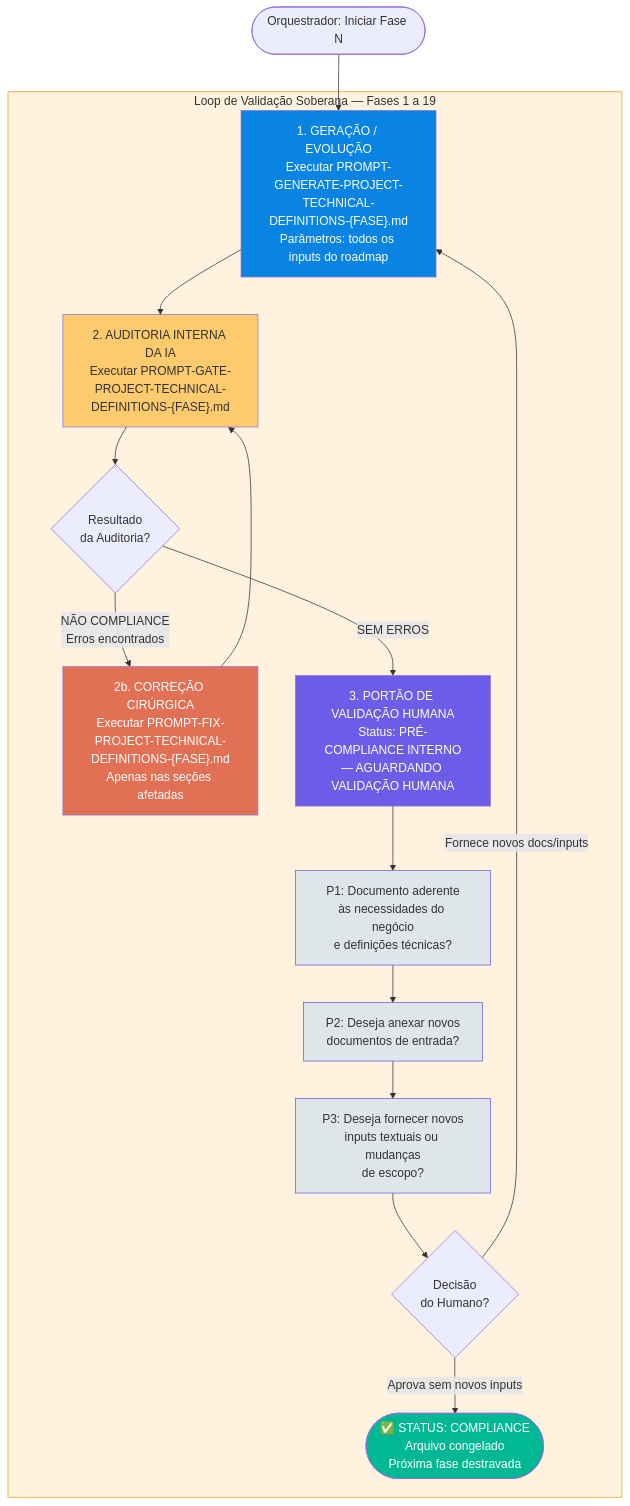
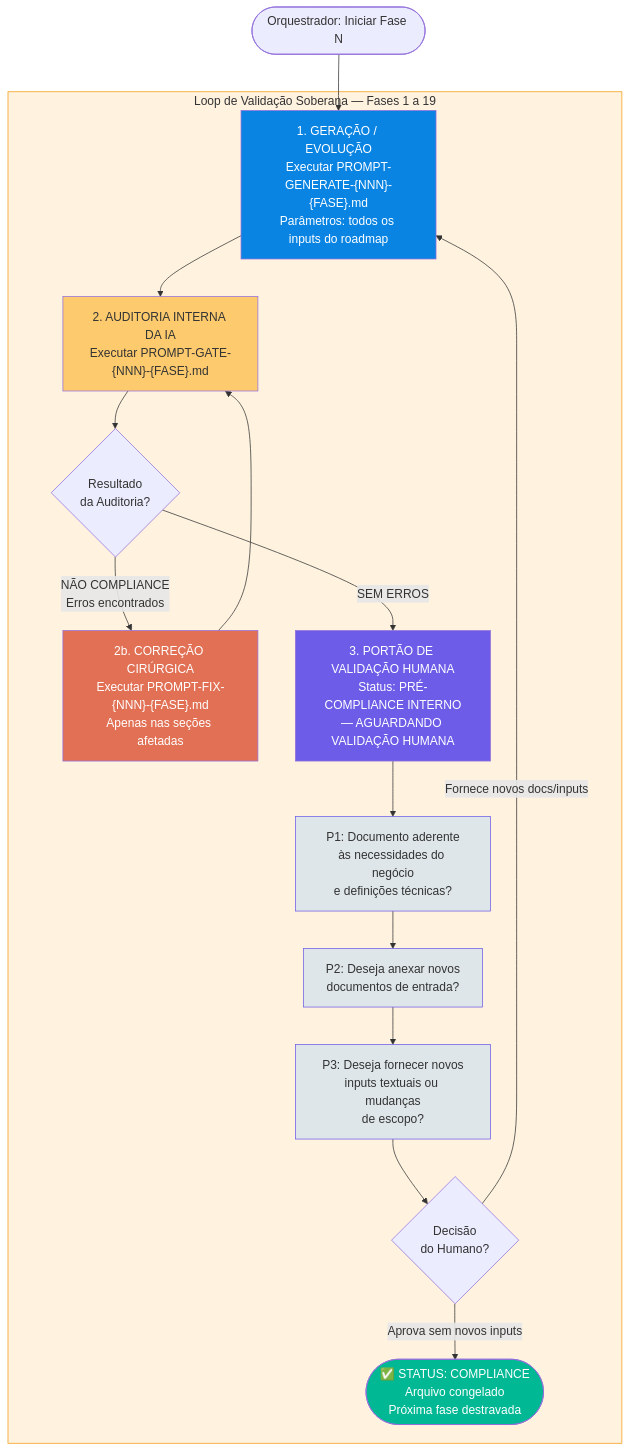
One commit to bolismar69/workspace-fbso changed the third of 10 diagrams in .specs/prompts/project-technical-definitions/FLOWCHART-PROMPT-ROADMAP-GENERATE-PROJECT-TECHNICAL-DEFINITIONS.md. Above: the diagram before and after it, drawn with Mermaid. The commit also changed other lines of this file and 116 other files, not shown here.

First line of the commit message:
refactor: padronizar nomes dos prompts PROJECT-TECHNICAL-DEFINITIONS com numeração 410-600

````diff
--- a/.specs/prompts/project-technical-definitions/FLOWCHART-PROMPT-ROADMAP-GENERATE-PROJECT-TECHNICAL-DEFINITIONS.md
+++ b/.specs/prompts/project-technical-definitions/FLOWCHART-PROMPT-ROADMAP-GENERATE-PROJECT-TECHNICAL-DEFINITIONS.md
@@ -159,35 +159,35 @@
 ```mermaid
 flowchart TD
     ORCH([Orquestrador: Iniciar Fase N]) --> GEN
 
     subgraph LOOP[Loop de Validação Soberana — Fases 1 a 19]
-        GEN["1. GERAÇÃO / EVOLUÇÃO<br/>Executar PROMPT-GENERATE-PROJECT-TECHNICAL-DEFINITIONS-{FASE}.md<br/>Parâmetros: todos os inputs do roadmap"] --> GATE
+        GEN["1. GERAÇÃO / EVOLUÇÃO<br/>Executar PROMPT-GENERATE-{NNN}-{FASE}.md<br/>Parâmetros: todos os inputs do roadmap"] --> GATE
 
-        GATE["2. AUDITORIA INTERNA DA IA<br/>Executar PROMPT-GATE-PROJECT-TECHNICAL-DEFINITIONS-{FASE}.md"] --> GATE_RESULT{Resultado<br/>da Auditoria?}
+        GATE["2. AUDITORIA INTERNA DA IA<br/>Executar PROMPT-GATE-{NNN}-{FASE}.md"] --> GATE_RESULT{Resultado<br/>da Auditoria?}
 
-        GATE_RESULT -->|NÃO COMPLIANCE<br/>Erros encontrados| FIX["2b. CORREÇÃO CIRÚRGICA<br/>Executar PROMPT-FIX-PROJECT-TECHNICAL-DEFINITIONS-{FASE}.md<br/>Apenas nas seções afetadas"]
+        GATE_RESULT -->|NÃO COMPLIANCE<br/>Erros encontrados| FIX["2b. CORREÇÃO CIRÚRGICA<br/>Executar PROMPT-FIX-{NNN}-{FASE}.md<br/>Apenas nas seções afetadas"]
         FIX --> GATE
 
         GATE_RESULT -->|SEM ERROS| HUMAN_GATE
 
         HUMAN_GATE[3. PORTÃO DE VALIDAÇÃO HUMANA<br/>Status: PRÉ-COMPLIANCE INTERNO<br/>— AGUARDANDO VALIDAÇÃO HUMANA] --> P1[P1: Documento aderente<br/>às necessidades do negócio<br/>e definições técnicas?]
         P1 --> P2[P2: Deseja anexar novos<br/>documentos de entrada?]
         P2 --> P3[P3: Deseja fornecer novos<br/>inputs textuais ou mudanças<br/>de escopo?]
         P3 --> HUMAN_DEC{Decisão<br/>do Humano?}
 
         HUMAN_DEC -->|Aprova sem novos inputs| COMPLIANCE
         HUMAN_DEC -->|Fornece novos docs/inputs| GEN
     end
 
     COMPLIANCE([✅ STATUS: COMPLIANCE<br/>Arquivo congelado<br/>Próxima fase destravada])
 
     style GEN fill:#0984e3,color:#fff
     style GATE fill:#fdcb6e,color:#333
     style FIX fill:#e17055,color:#fff
     style HUMAN_GATE fill:#6c5ce7,color:#fff
     style P1 fill:#dfe6e9,stroke:#6c5ce7
     style P2 fill:#dfe6e9,stroke:#6c5ce7
     style P3 fill:#dfe6e9,stroke:#6c5ce7
     style COMPLIANCE fill:#00b894,color:#fff
     style LOOP fill:#fff3e0,stroke:#f39c12
 ```
````
